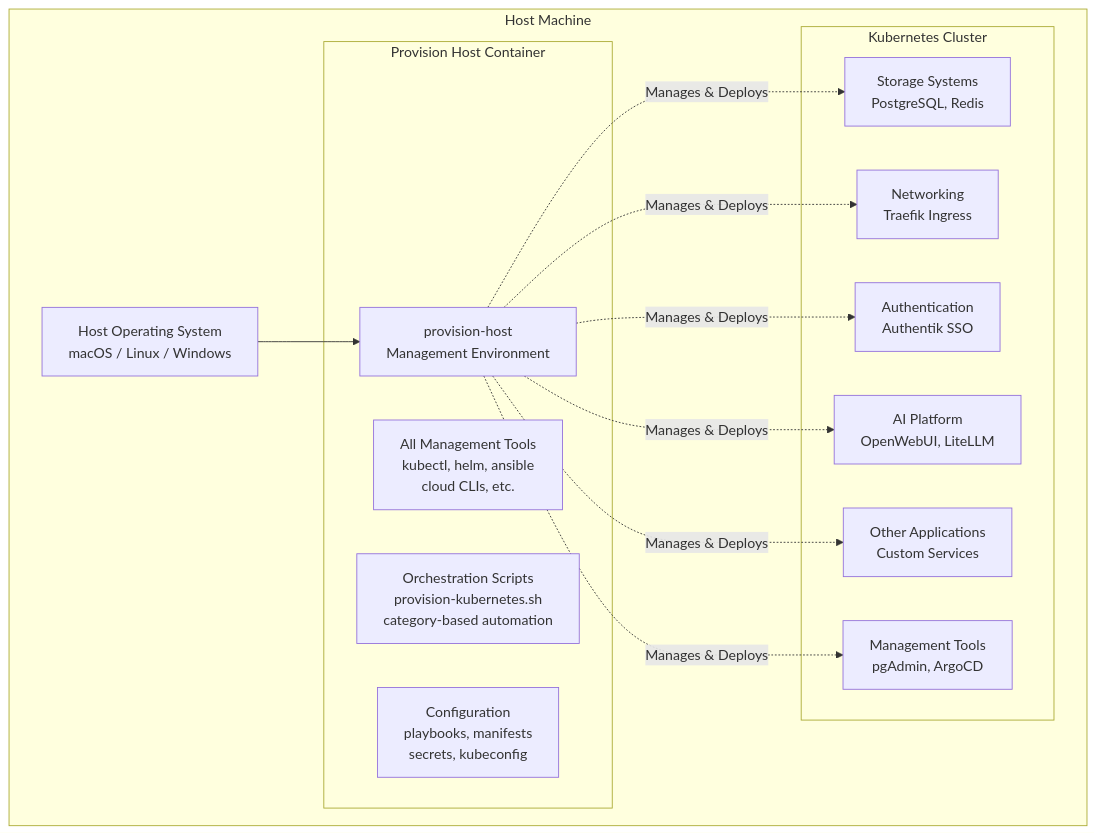
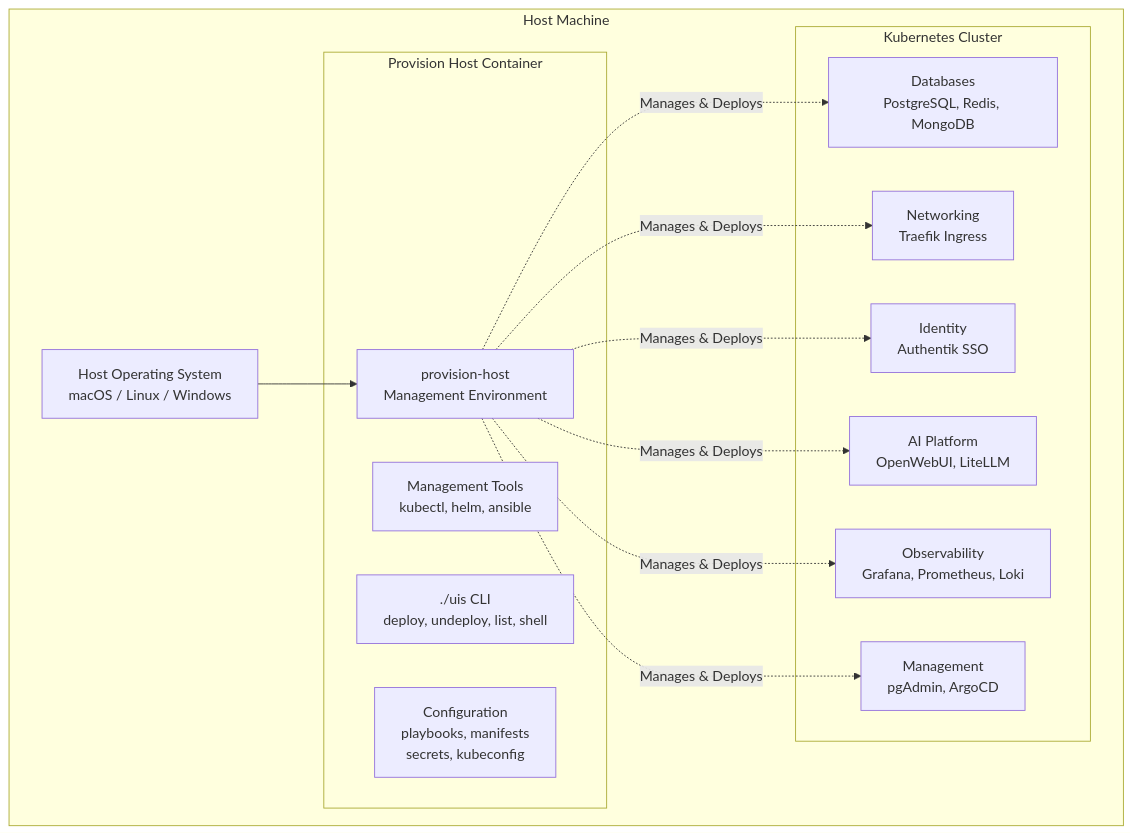
One commit to terchris/urbalurba-infrastructure changed the first of 4 diagrams in website/docs/getting-started/architecture.md. Above: the diagram before and after it, drawn with Mermaid. The commit also changed other lines of this file, not shown here.

First line of the commit message:
docs: rewrite architecture page with current ./uis CLI workflow

````diff
--- a/website/docs/getting-started/architecture.md
+++ b/website/docs/getting-started/architecture.md
@@ -12,30 +5,30 @@
 ```mermaid
 graph TB
     subgraph "Host Machine"
         HOST[Host Operating System<br/>macOS / Linux / Windows]
 
         subgraph "Provision Host Container"
             PH[provision-host<br/>Management Environment]
-            TOOLS[All Management Tools<br/>kubectl, helm, ansible<br/>cloud CLIs, etc.]
-            SCRIPTS[Orchestration Scripts<br/>provision-kubernetes.sh<br/>category-based automation]
+            TOOLS[Management Tools<br/>kubectl, helm, ansible]
+            CLI[./uis CLI<br/>deploy, undeploy, list, shell]
             CONFIG[Configuration<br/>playbooks, manifests<br/>secrets, kubeconfig]
         end
 
         subgraph "Kubernetes Cluster"
-            STORAGE[Storage Systems<br/>PostgreSQL, Redis]
+            STORAGE[Databases<br/>PostgreSQL, Redis, MongoDB]
             NETWORK[Networking<br/>Traefik Ingress]
-            AUTH[Authentication<br/>Authentik SSO]
+            AUTH[Identity<br/>Authentik SSO]
             AI[AI Platform<br/>OpenWebUI, LiteLLM]
-            APPS[Other Applications<br/>Custom Services]
-            MGMT[Management Tools<br/>pgAdmin, ArgoCD]
+            OBS[Observability<br/>Grafana, Prometheus, Loki]
+            MGMT[Management<br/>pgAdmin, ArgoCD]
         end
     end
 
     HOST --> PH
     PH -.->|"Manages & Deploys"| STORAGE
     PH -.->|"Manages & Deploys"| NETWORK
     PH -.->|"Manages & Deploys"| AUTH
     PH -.->|"Manages & Deploys"| AI
-    PH -.->|"Manages & Deploys"| APPS
+    PH -.->|"Manages & Deploys"| OBS
     PH -.->|"Manages & Deploys"| MGMT
 ```
````
